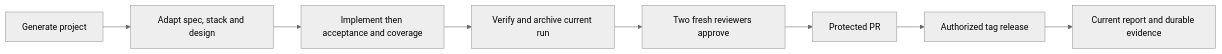
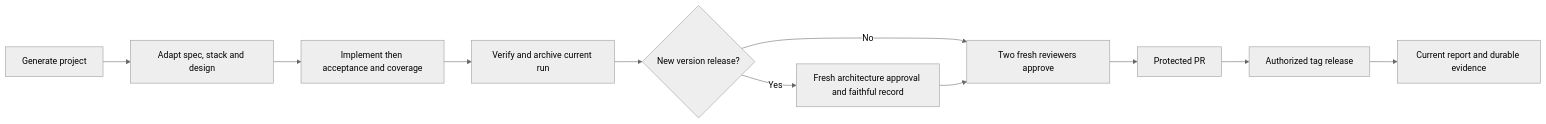
Before and after one commit to PhiLong-Ho/agent-dev-template: the diagram in docs/specs/workflow.md, drawn with Mermaid (neutral theme). The commit also changed other lines of this file and 20 other files, not shown here.

Commit message:
Require architecture review for every release candidate (#6)

````diff
--- a/docs/specs/workflow.md
+++ b/docs/specs/workflow.md
@@ -48,10 +48,13 @@
 ```mermaid
 flowchart LR
     New[Generate project] --> Setup[Adapt spec, stack and design]
     Setup --> Test[Implement then acceptance and coverage]
     Test --> Evidence[Verify and archive current run]
-    Evidence --> Review[Two fresh reviewers approve]
+    Evidence --> RC{New version release?}
+    RC -->|No| Review[Two fresh reviewers approve]
+    RC -->|Yes| AR[Fresh architecture approval and faithful record]
+    AR --> Review
     Review --> PR[Protected PR]
     PR --> Tag[Authorized tag release]
     Tag --> Report[Current report and durable evidence]
 ```
````
